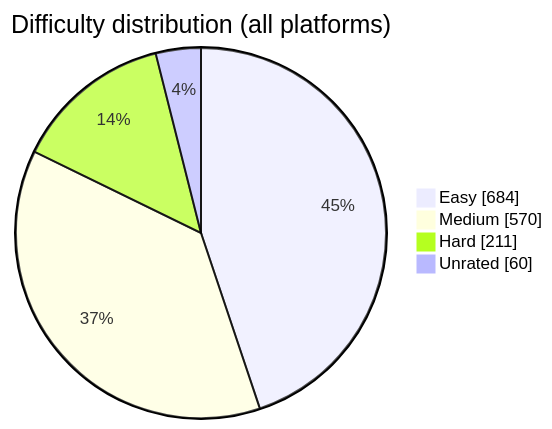
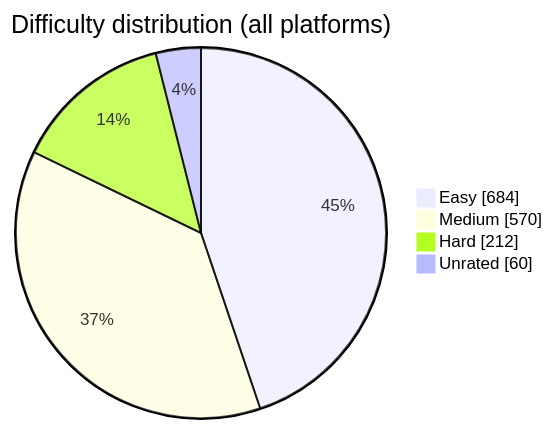
Before and after one commit to BuildbyArindam/Daily-Coding-Log: the diagram in README.md, drawn with Mermaid. The commit also changed other lines of this file, not shown here.

````diff
--- a/README.md
+++ b/README.md
@@ -93,7 +93,7 @@
 ```mermaid
 pie showData title Difficulty distribution (all platforms)
     "Easy" : 684
     "Medium" : 570
-    "Hard" : 211
+    "Hard" : 212
     "Unrated" : 60
 ```
````
